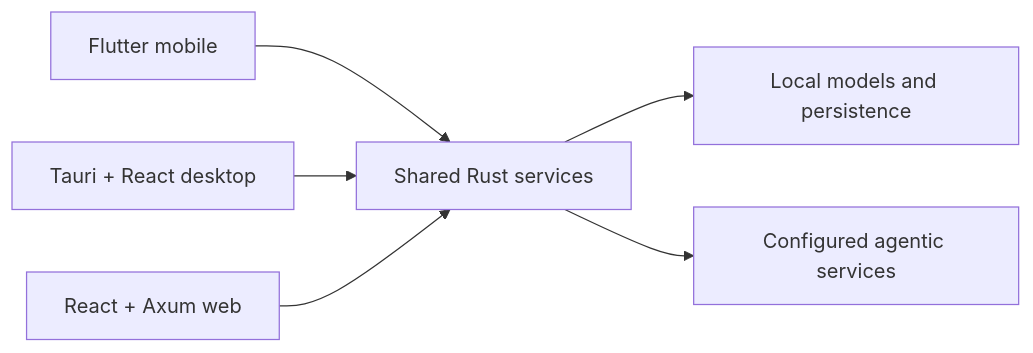
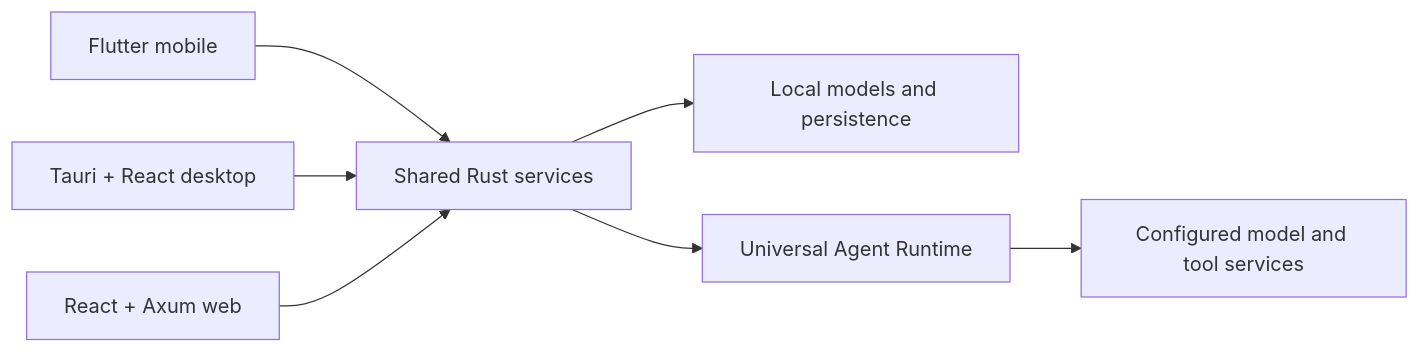
One commit to Know-Me-Tools/hybrid-mobile-architecture-skill changed the diagram in site/docs/architecture/intro.md. Above: the diagram before and after it, drawn with Mermaid. The commit also changed other lines of this file and 62 other files, not shown here.

````diff
--- a/site/docs/architecture/intro.md
+++ b/site/docs/architecture/intro.md
@@ -13,8 +15,9 @@
 ```mermaid
 flowchart LR
   Flutter[Flutter mobile] --> Rust[Shared Rust services]
   Tauri[Tauri + React desktop] --> Rust
   Web[React + Axum web] --> Rust
   Rust --> Local[Local models and persistence]
-  Rust --> Cloud[Configured agentic services]
+  Rust --> UAR[Universal Agent Runtime]
+  UAR --> Cloud[Configured model and tool services]
 ```
````
